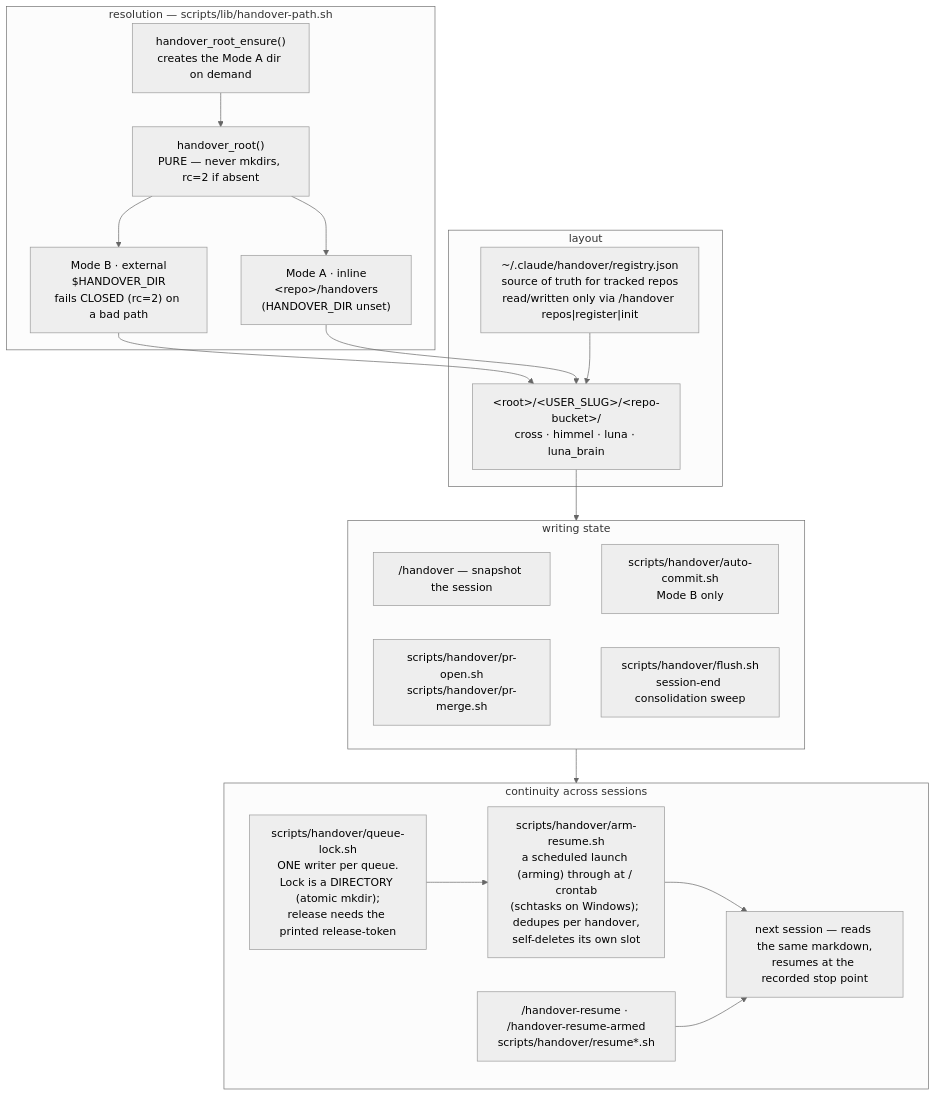
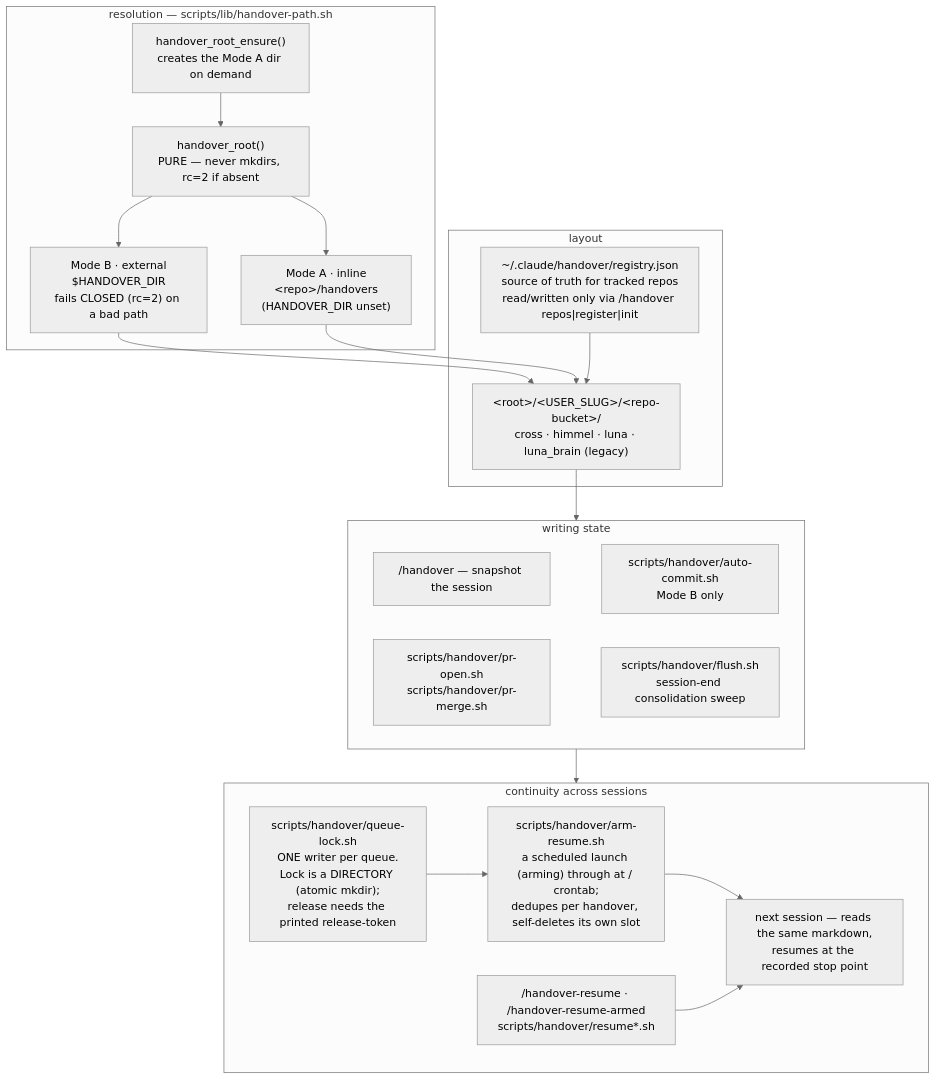
One commit to yotamleo-org/Himmel changed the second of 5 diagrams in docs/architecture.md. Above: the diagram before and after it, drawn with Mermaid (neutral theme). The commit also changed other lines of this file and 1 other file, not shown here.

First line of the commit message:
docs(docs-site): [HIMMEL-7480] every diagram names what the code at HEAD has

````diff
--- a/docs/architecture.md
+++ b/docs/architecture.md
@@ -125,41 +125,41 @@
 ```mermaid
 flowchart TD
     subgraph R["resolution — scripts/lib/handover-path.sh"]
         HR["handover_root()<br/>PURE — never mkdirs, rc=2 if absent"]
         HRE["handover_root_ensure()<br/>creates the Mode A dir on demand"]
         MA["Mode A · inline<br/>&lt;repo&gt;/handovers<br/>(HANDOVER_DIR unset)"]
         MB["Mode B · external<br/>$HANDOVER_DIR<br/>fails CLOSED (rc=2) on a bad path"]
         HR --> MA
         HR --> MB
         HRE --> HR
     end
 
     subgraph L["layout"]
-        BUCKET["&lt;root&gt;/&lt;USER_SLUG&gt;/&lt;repo-bucket&gt;/<br/>cross · himmel · luna · luna_brain"]
+        BUCKET["&lt;root&gt;/&lt;USER_SLUG&gt;/&lt;repo-bucket&gt;/<br/>cross · himmel · luna · luna_brain (legacy)"]
         REG["~/.claude/handover/registry.json<br/>source of truth for tracked repos<br/>read/written only via /handover repos|register|init"]
     end
 
     subgraph W["writing state"]
         CMD["/handover — snapshot the session"]
         AC["scripts/handover/auto-commit.sh<br/>Mode B only"]
         PO["scripts/handover/pr-open.sh<br/>scripts/handover/pr-merge.sh"]
         FL["scripts/handover/flush.sh<br/>session-end consolidation sweep"]
         CMD ~~~ AC
         PO ~~~ FL
     end
 
     subgraph C["continuity across sessions"]
         QL["scripts/handover/queue-lock.sh<br/>ONE writer per queue.<br/>Lock is a DIRECTORY (atomic mkdir);<br/>release needs the printed release-token"]
-        AR["scripts/handover/arm-resume.sh<br/>a scheduled launch (arming) through at / crontab<br/>(schtasks on Windows); dedupes per handover,<br/>self-deletes its own slot"]
+        AR["scripts/handover/arm-resume.sh<br/>a scheduled launch (arming) through at / crontab;<br/>dedupes per handover, self-deletes its own slot"]
         RES["/handover-resume · /handover-resume-armed<br/>scripts/handover/resume*.sh"]
         NEXT["next session — reads the same markdown,<br/>resumes at the recorded stop point"]
         QL --> AR --> NEXT
         RES --> NEXT
     end
 
     MB --> BUCKET
     MA --> BUCKET
     REG --> BUCKET
     BUCKET --> W
     W --> C
 ```
````
